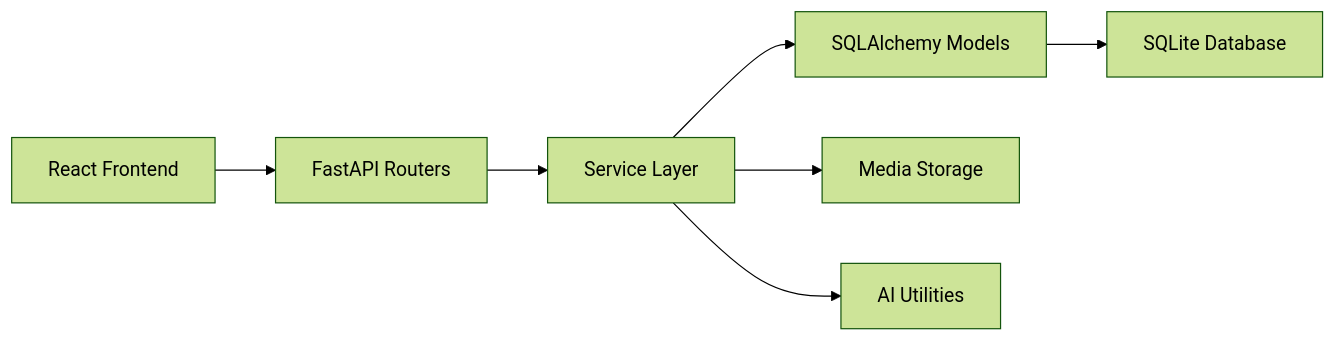
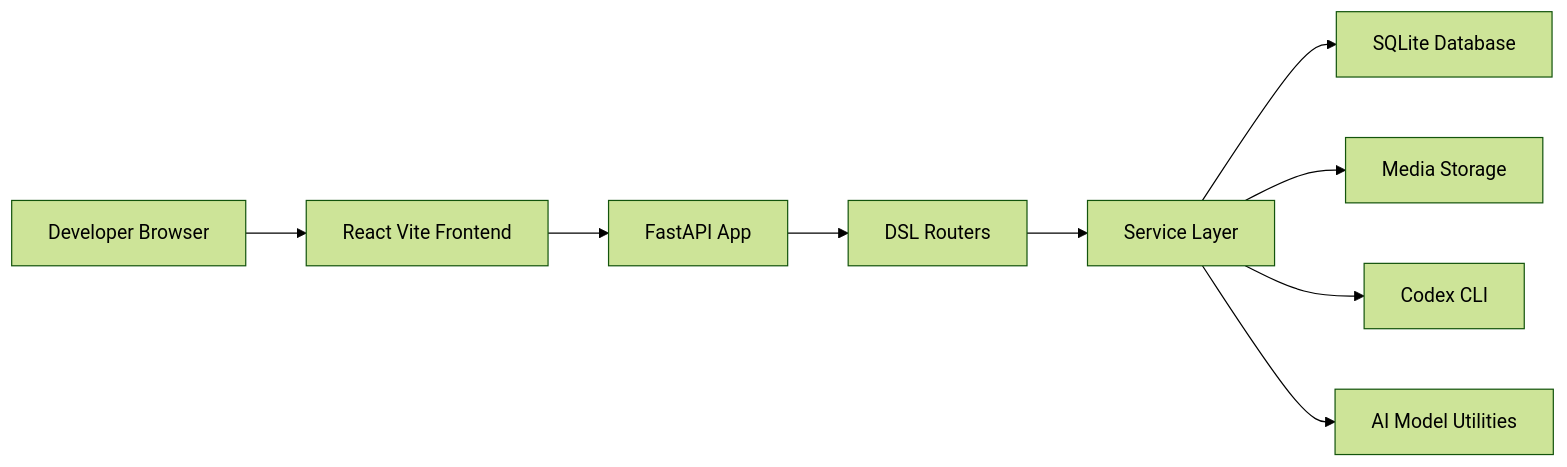
Before and after one commit to zata-zhangtao/koda: the first of 3 diagrams in docs/architecture/system-design.md, drawn with Mermaid (forest theme). The commit also changed other lines of this file and 20 other files, not shown here.

````diff
--- a/docs/architecture/system-design.md
+++ b/docs/architecture/system-design.md
@@ -11,9 +15,11 @@
 ```mermaid
 flowchart LR
-    UI[React Frontend] --> API[FastAPI Routers]
-    API --> SERVICE[Service Layer]
-    SERVICE --> ORM[SQLAlchemy Models]
-    ORM --> DB[SQLite Database]
+    USER[Developer Browser] --> UI[React Vite Frontend]
+    UI --> API[FastAPI App]
+    API --> ROUTER[DSL Routers]
+    ROUTER --> SERVICE[Service Layer]
+    SERVICE --> DB[SQLite Database]
     SERVICE --> MEDIA[Media Storage]
-    SERVICE --> AI[AI Utilities]
+    SERVICE --> CODEX[Codex CLI]
+    SERVICE --> TOOL[AI Model Utilities]
 ```
````
